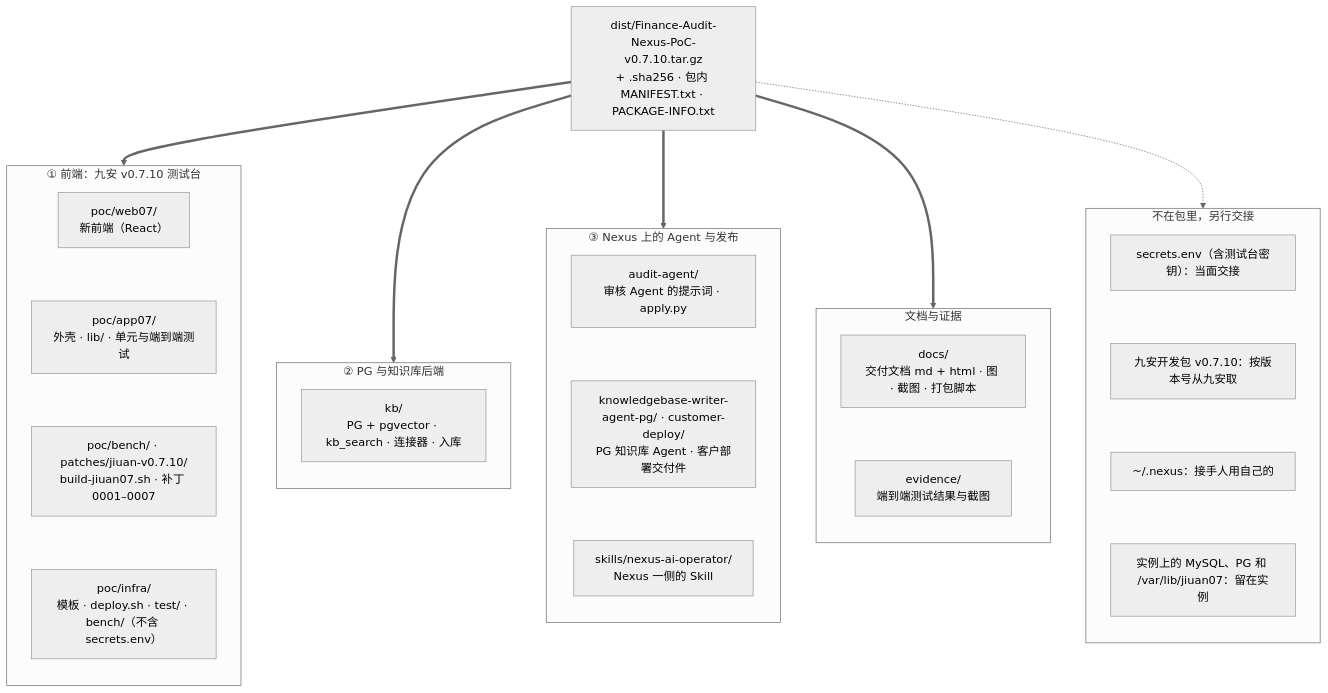
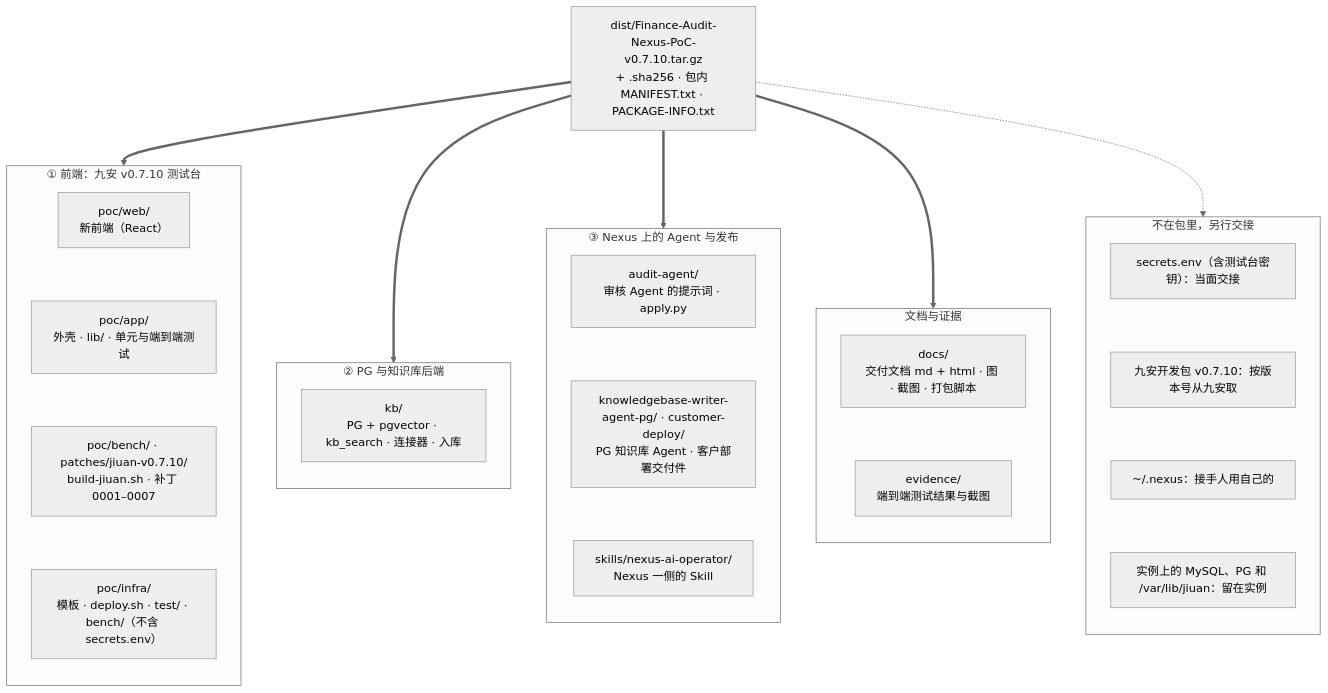
One commit to LiboMa/nexus-jiuan-agent-framework-poc changed the diagram in docs/assets/diagrams/package-contents.mmd. Above: the diagram before and after it, drawn with Mermaid (neutral theme). The commit also changed 38 other files, not shown here.

```diff
--- a/docs/assets/diagrams/package-contents.mmd
+++ b/docs/assets/diagrams/package-contents.mmd
@@ -1,43 +1,43 @@
 flowchart TB
   pkg["dist/Finance-Audit-Nexus-PoC-v0.7.10.tar.gz<br/>+ .sha256 · 包内 MANIFEST.txt · PACKAGE-INFO.txt"]
   subgraph front["① 前端：九安 v0.7.10 测试台"]
     direction TB
-    web["poc/web07/<br/>新前端（React）"]
-    app["poc/app07/<br/>外壳 · lib/ · 单元与端到端测试"]
-    bench["poc/bench/ · patches/jiuan-v0.7.10/<br/>build-jiuan07.sh · 补丁 0001–0007"]
+    web["poc/web/<br/>新前端（React）"]
+    app["poc/app/<br/>外壳 · lib/ · 单元与端到端测试"]
+    bench["poc/bench/ · patches/jiuan-v0.7.10/<br/>build-jiuan.sh · 补丁 0001–0007"]
     infra["poc/infra/<br/>模板 · deploy.sh · test/ · bench/（不含 secrets.env）"]
   end
   subgraph back["② PG 与知识库后端"]
     direction TB
     kb["kb/<br/>PG + pgvector · kb_search · 连接器 · 入库"]
   end
   subgraph agents["③ Nexus 上的 Agent 与发布"]
     direction TB
     aa["audit-agent/<br/>审核 Agent 的提示词 · apply.py"]
     pga["knowledgebase-writer-agent-pg/ · customer-deploy/<br/>PG 知识库 Agent · 客户部署交付件"]
     op["skills/nexus-ai-operator/<br/>Nexus 一侧的 Skill"]
   end
   subgraph docsg["文档与证据"]
     direction TB
     delivery["docs/<br/>交付文档 md + html · 图 · 截图 · 打包脚本"]
     ev["evidence/<br/>端到端测试结果与截图"]
   end
   subgraph outg["不在包里，另行交接"]
     direction TB
     o1["secrets.env（含测试台密钥）：当面交接"]
     o2["九安开发包 v0.7.10：按版本号从九安取"]
     o3["~/.nexus：接手人用自己的"]
-    o4["实例上的 MySQL、PG 和 /var/lib/jiuan07：留在实例"]
+    o4["实例上的 MySQL、PG 和 /var/lib/jiuan：留在实例"]
   end
   pkg ==> front
   pkg ==> back
   pkg ==> agents
   pkg ==> docsg
   pkg -.-> outg
   web ~~~ app ~~~ bench ~~~ infra
   aa ~~~ pga ~~~ op
   delivery ~~~ ev
   o1 ~~~ o2 ~~~ o3 ~~~ o4
   class pkg nexus
   class web,app,bench,infra,kb,aa,pga,op,delivery,ev poc
   class o1,o2,o3,o4 risk
```
